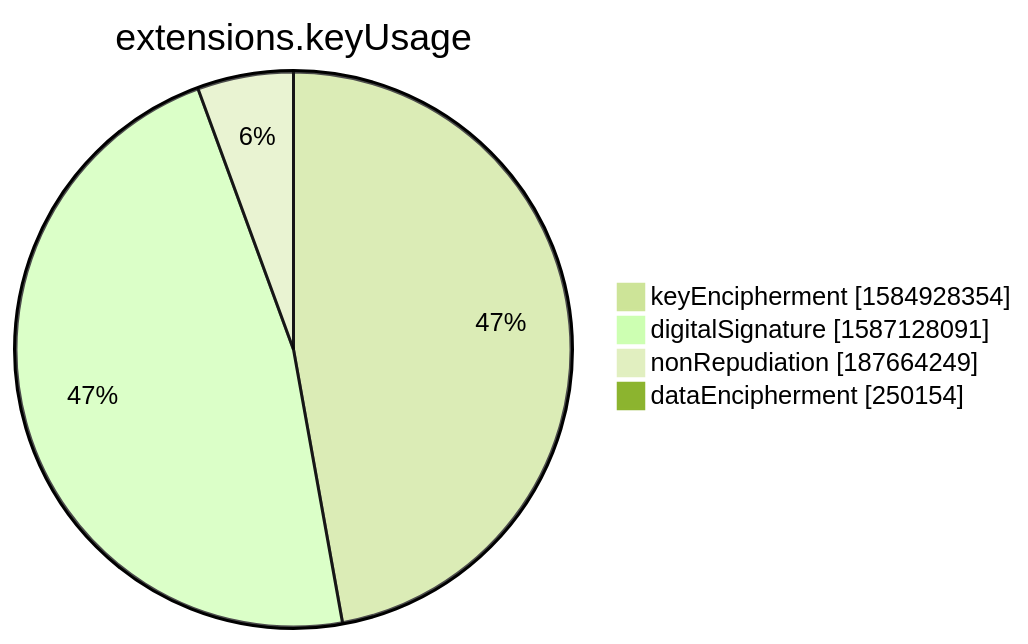
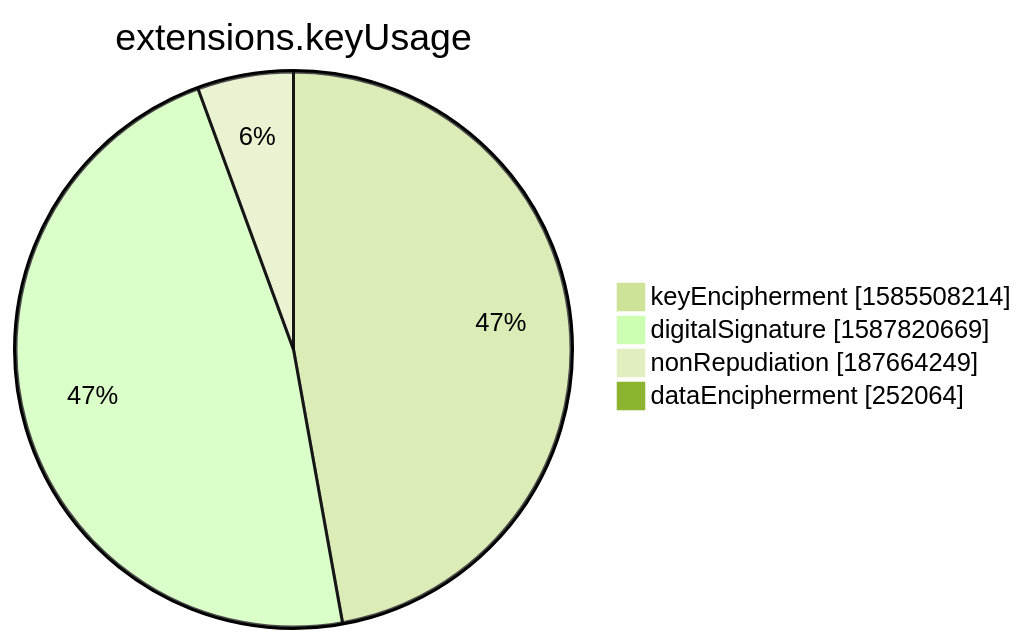
One commit to christiankrug/ctmonitor_visualization changed the seventh of 15 diagrams in xenon2022/README.md. Above: the diagram before and after it, drawn with Mermaid (forest theme). The commit also changed other lines of this file, not shown here.

````diff
--- a/xenon2022/README.md
+++ b/xenon2022/README.md
@@ -2854,8 +2854,8 @@
 ```mermaid
 pie showData
 title extensions.keyUsage
-"keyEncipherment" :1584928354
-"digitalSignature" :1587128091
+"keyEncipherment" :1585508214
+"digitalSignature" :1587820669
 "nonRepudiation" :187664249
-"dataEncipherment" :250154
+"dataEncipherment" :252064
 ```
````
